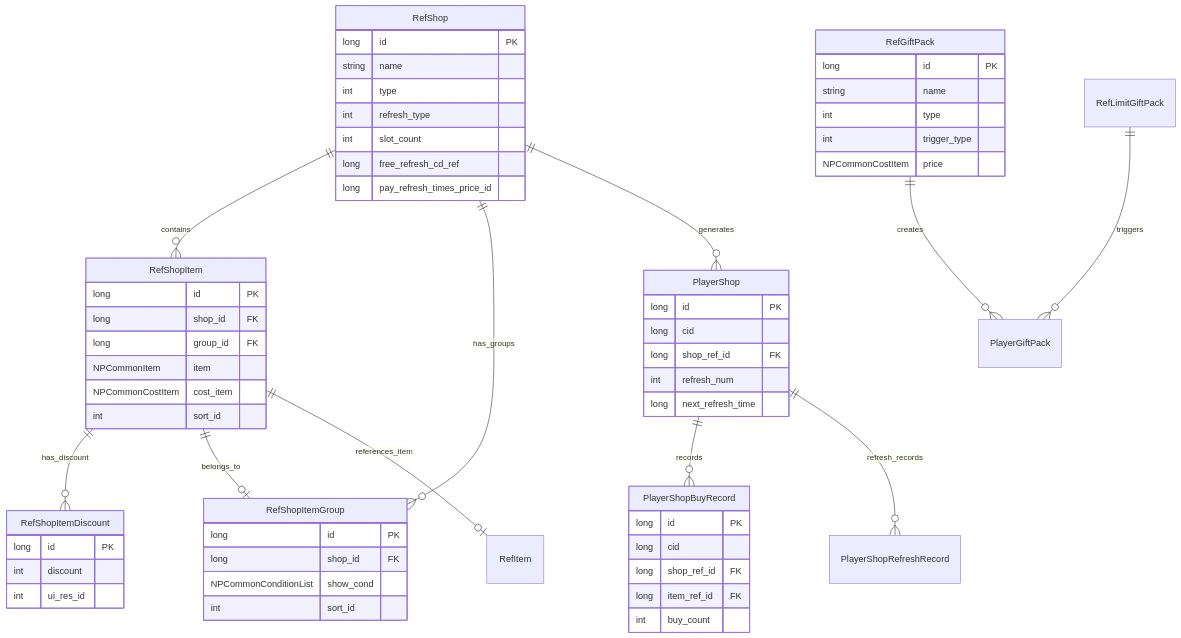
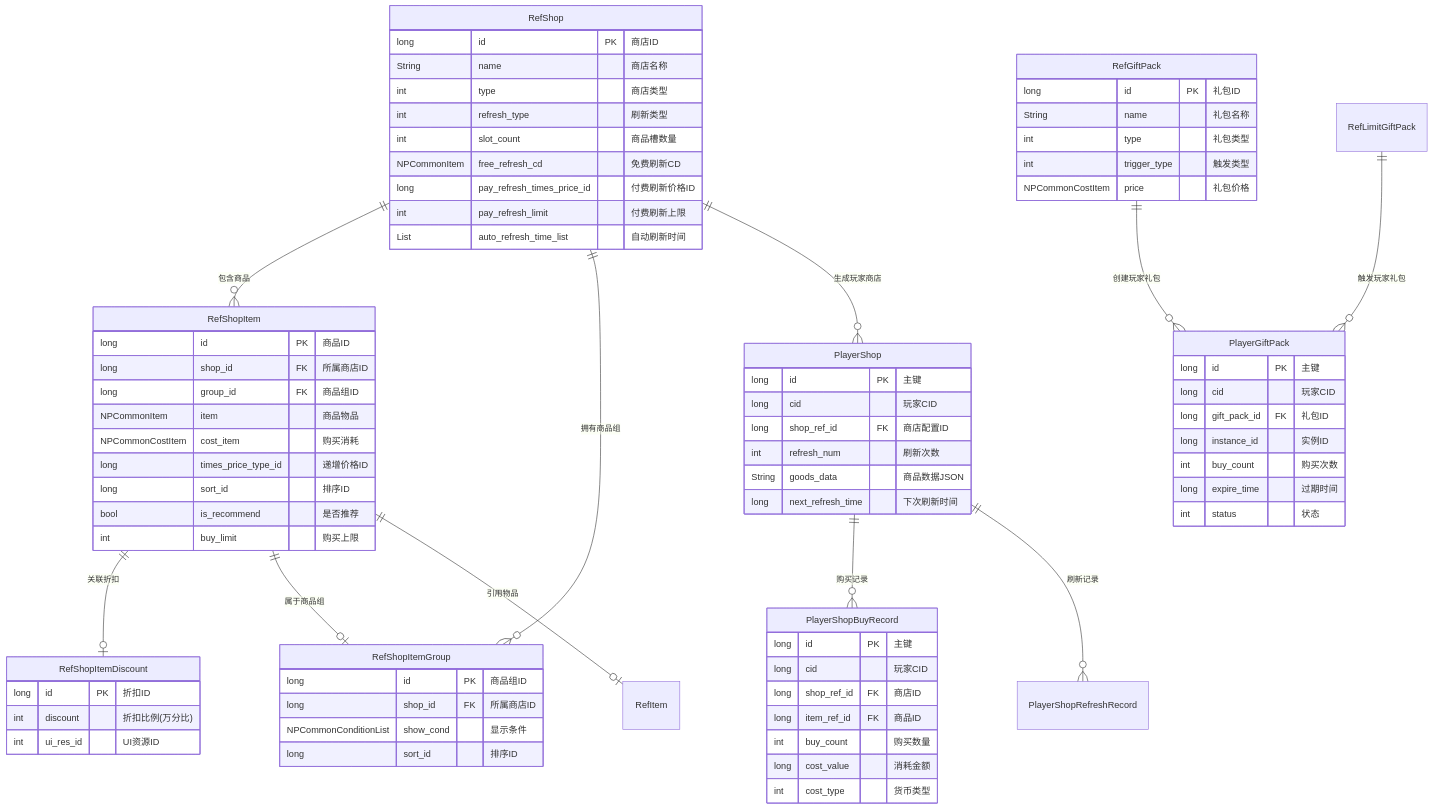
One commit to Alan-Ben/k2c_game_framework changed the second of 6 diagrams in docs/Module_Shop/01_数据配表.md. Above: the diagram before and after it, drawn with Mermaid. The commit also changed other lines of this file and 15 other files, not shown here.

````diff
--- a/docs/Module_Shop/01_数据配表.md
+++ b/docs/Module_Shop/01_数据配表.md
@@ -26,69 +57,87 @@
 ```mermaid
 erDiagram
-    RefShop ||--o{ RefShopItem : contains
-    RefShop ||--o{ RefShopItemGroup : has_groups
-    RefShop ||--o{ PlayerShop : generates
-    RefShopItem ||--o{ RefShopItemDiscount : has_discount
-    RefShopItem ||--o| RefShopItemGroup : belongs_to
-    RefShopItem ||--o| RefItem : references_item
-    RefGiftPack ||--o{ PlayerGiftPack : creates
-    RefLimitGiftPack ||--o{ PlayerGiftPack : triggers
-    PlayerShop ||--o{ PlayerShopBuyRecord : records
-    PlayerShop ||--o{ PlayerShopRefreshRecord : refresh_records
+    RefShop ||--o{ RefShopItem : "包含商品"
+    RefShop ||--o{ RefShopItemGroup : "拥有商品组"
+    RefShop ||--o{ PlayerShop : "生成玩家商店"
+    RefShopItem ||--o| RefShopItemDiscount : "关联折扣"
+    RefShopItem ||--o| RefShopItemGroup : "属于商品组"
+    RefShopItem ||--o| RefItem : "引用物品"
+    RefGiftPack ||--o{ PlayerGiftPack : "创建玩家礼包"
+    RefLimitGiftPack ||--o{ PlayerGiftPack : "触发玩家礼包"
+    PlayerShop ||--o{ PlayerShopBuyRecord : "购买记录"
+    PlayerShop ||--o{ PlayerShopRefreshRecord : "刷新记录"
 
     RefShop {
-        long id PK
-        string name
-        int type
-        int refresh_type
-        int slot_count
-        long free_refresh_cd_ref
-        long pay_refresh_times_price_id
+        long id PK "商店ID"
+        String name "商店名称"
+        int type "商店类型"
+        int refresh_type "刷新类型"
+        int slot_count "商品槽数量"
+        NPCommonItem free_refresh_cd "免费刷新CD"
+        long pay_refresh_times_price_id "付费刷新价格ID"
+        int pay_refresh_limit "付费刷新上限"
+        List auto_refresh_time_list "自动刷新时间"
     }
 
     RefShopItem {
-        long id PK
-        long shop_id FK
-        long group_id FK
-        NPCommonItem item
-        NPCommonCostItem cost_item
-        int sort_id
+        long id PK "商品ID"
+        long shop_id FK "所属商店ID"
+        long group_id FK "商品组ID"
+        NPCommonItem item "商品物品"
+        NPCommonCostItem cost_item "购买消耗"
+        long times_price_type_id "递增价格ID"
+        long sort_id "排序ID"
+        bool is_recommend "是否推荐"
+        int buy_limit "购买上限"
     }
 
     RefShopItemGroup {
-        long id PK
-        long shop_id FK
-        NPCommonConditionList show_cond
-        int sort_id
+        long id PK "商品组ID"
+        long shop_id FK "所属商店ID"
+        NPCommonConditionList show_cond "显示条件"
+        long sort_id "排序ID"
     }
 
     RefShopItemDiscount {
-        long id PK
-        int discount
-        int ui_res_id
+        long id PK "折扣ID"
+        int discount "折扣比例(万分比)"
+        int ui_res_id "UI资源ID"
     }
 
     RefGiftPack {
-        long id PK
-        string name
-        int type
-        int trigger_type
-        NPCommonCostItem price
+        long id PK "礼包ID"
+        String name "礼包名称"
+        int type "礼包类型"
+        int trigger_type "触发类型"
+        NPCommonCostItem price "礼包价格"
     }
 
     PlayerShop {
-        long id PK
-        long cid
-        long shop_ref_id FK
-        int refresh_num
-        long next_refresh_time
+        long id PK "主键"
+        long cid "玩家CID"
+        long shop_ref_id FK "商店配置ID"
+        int refresh_num "刷新次数"
+        String goods_data "商品数据JSON"
+        long next_refresh_time "下次刷新时间"
     }
 
     PlayerShopBuyRecord {
-        long id PK
-        long cid
-        long shop_ref_id FK
-        long item_ref_id FK
-        int buy_count
+        long id PK "主键"
+        long cid "玩家CID"
+        long shop_ref_id FK "商店ID"
+        long item_ref_id FK "商品ID"
+        int buy_count "购买数量"
+        long cost_value "消耗金额"
+        int cost_type "货币类型"
+    }
+
+    PlayerGiftPack {
+        long id PK "主键"
+        long cid "玩家CID"
+        long gift_pack_id FK "礼包ID"
+        long instance_id "实例ID"
+        int buy_count "购买次数"
+        long expire_time "过期时间"
+        int status "状态"
     }
 ```
````
